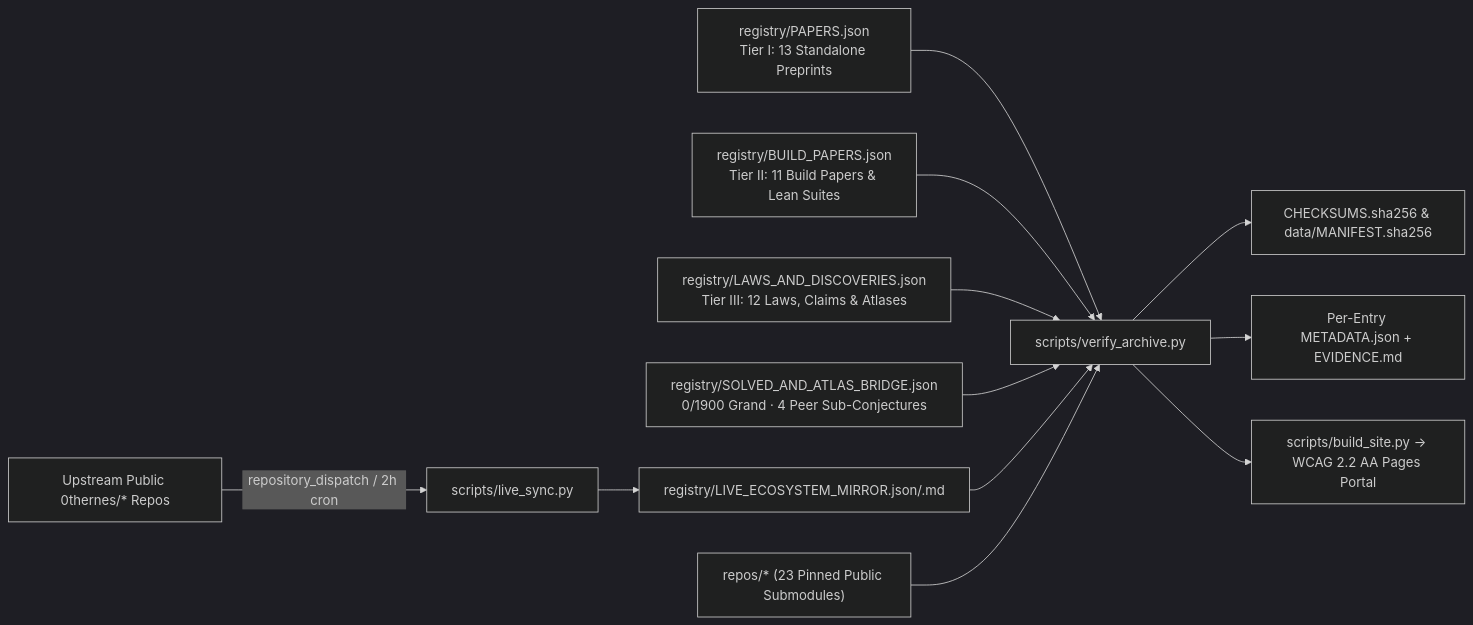
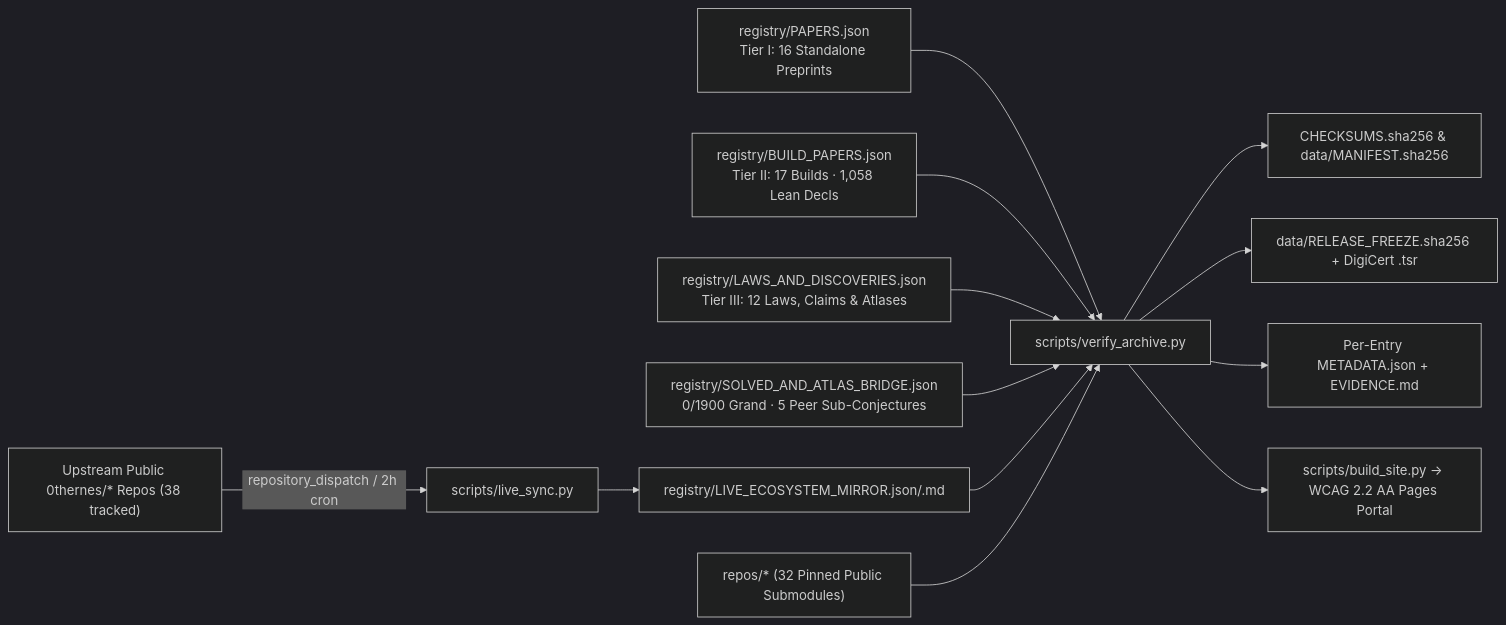
The diagram in docs/architecture.md (0thernes/0thernes-research-archive), drawn with Mermaid (dark theme) before and after one commit. The commit also changed other lines of this file and 32 other files, not shown here.

Commit message:
chore(archive): Round 2 overnight consolidation (45 entries / 32 submodules), 0TH-2026-013 v1.2.0, 26-row bridge (5 sub-conjectures), split-table & parity guards, DigiCert RFC 3161 TSA

````diff
--- a/docs/architecture.md
+++ b/docs/architecture.md
@@ -5,14 +5,15 @@
 ```mermaid
 flowchart LR
-    UP["Upstream Public 0thernes/* Repos"] -->|repository_dispatch / 2h cron| LS["scripts/live_sync.py"]
-    R1["registry/PAPERS.json<br/>Tier I: 13 Standalone Preprints"] --> V["scripts/verify_archive.py"]
-    R2["registry/BUILD_PAPERS.json<br/>Tier II: 11 Build Papers & Lean Suites"] --> V
+    UP["Upstream Public 0thernes/* Repos (38 tracked)"] -->|repository_dispatch / 2h cron| LS["scripts/live_sync.py"]
+    R1["registry/PAPERS.json<br/>Tier I: 16 Standalone Preprints"] --> V["scripts/verify_archive.py"]
+    R2["registry/BUILD_PAPERS.json<br/>Tier II: 17 Builds · 1,058 Lean Decls"] --> V
     R3["registry/LAWS_AND_DISCOVERIES.json<br/>Tier III: 12 Laws, Claims & Atlases"] --> V
-    BR["registry/SOLVED_AND_ATLAS_BRIDGE.json<br/>0/1900 Grand · 4 Peer Sub-Conjectures"] --> V
+    BR["registry/SOLVED_AND_ATLAS_BRIDGE.json<br/>0/1900 Grand · 5 Peer Sub-Conjectures"] --> V
     LS --> LM["registry/LIVE_ECOSYSTEM_MIRROR.json/.md"]
     LM --> V
-    S["repos/* (23 Pinned Public Submodules)"] --> V
+    S["repos/* (32 Pinned Public Submodules)"] --> V
     V --> C["CHECKSUMS.sha256 & data/MANIFEST.sha256"]
+    V --> FZ["data/RELEASE_FREEZE.sha256 + DigiCert .tsr"]
     V --> D["Per-Entry METADATA.json + EVIDENCE.md"]
     V --> P["scripts/build_site.py -> WCAG 2.2 AA Pages Portal"]
 ```
````
